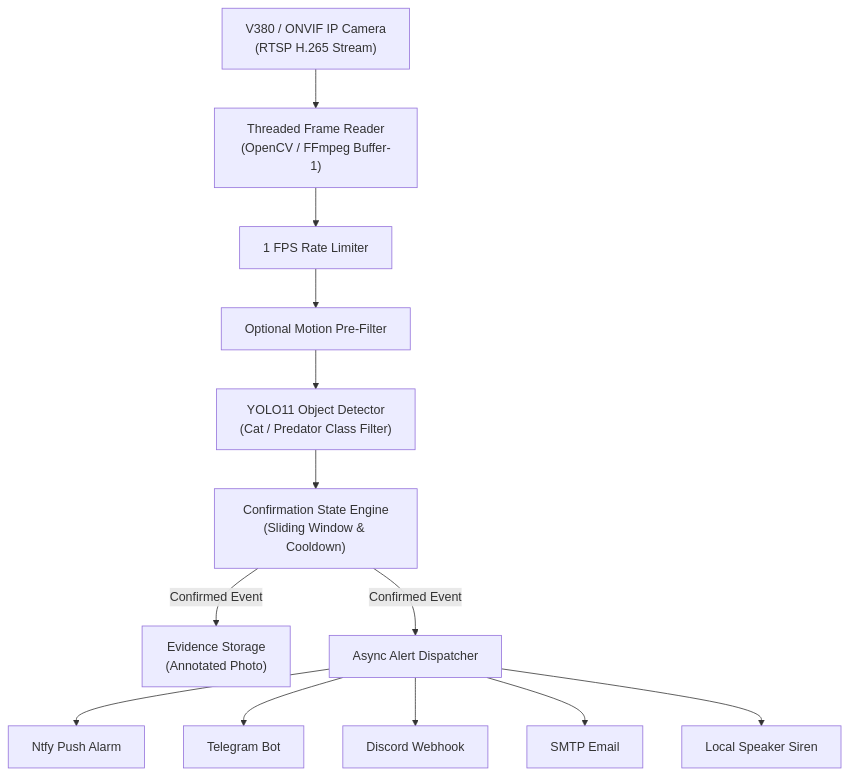
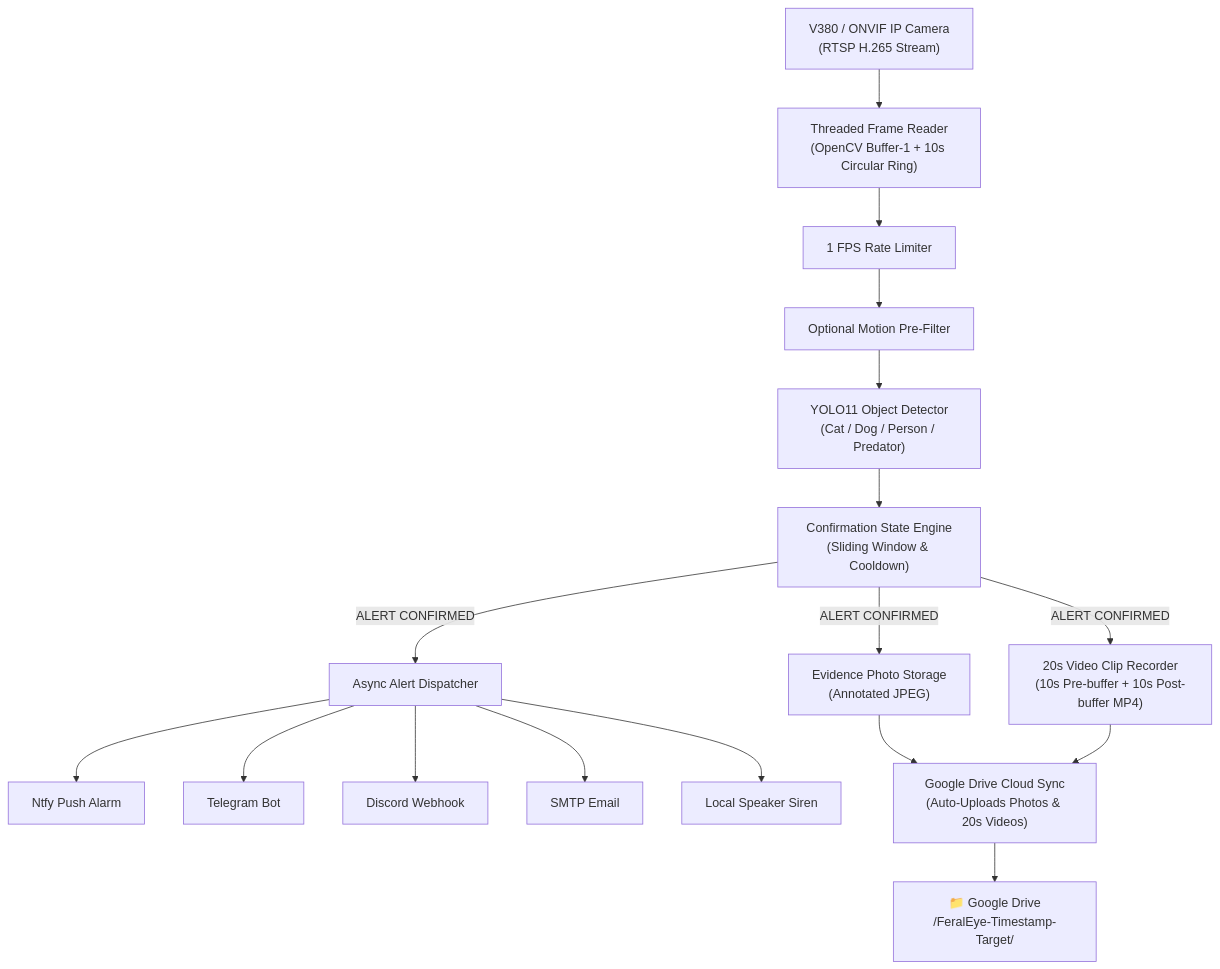
One commit to MahbbRah/FeralEye changed the diagram in README.md. Above: the diagram before and after it, drawn with Mermaid. The commit also changed other lines of this file, not shown here.

Commit message:
Update README with Google Drive setup and 20-second event video recording guide

````diff
--- a/README.md
+++ b/README.md
@@ -26,15 +28,22 @@
 ```mermaid
 flowchart TD
-    Camera["V380 / ONVIF IP Camera\n(RTSP H.265 Stream)"] --> Reader["Threaded Frame Reader\n(OpenCV / FFmpeg Buffer-1)"]
+    Camera["V380 / ONVIF IP Camera\n(RTSP H.265 Stream)"] --> Reader["Threaded Frame Reader\n(OpenCV Buffer-1 + 10s Circular Ring)"]
     Reader --> Sampler["1 FPS Rate Limiter"]
     Sampler --> Motion["Optional Motion Pre-Filter"]
-    Motion --> YOLO["YOLO11 Object Detector\n(Cat / Predator Class Filter)"]
+    Motion --> YOLO["YOLO11 Object Detector\n(Cat / Dog / Person / Predator)"]
     YOLO --> StateEngine["Confirmation State Engine\n(Sliding Window & Cooldown)"]
-    StateEngine -- "Confirmed Event" --> Evidence["Evidence Storage\n(Annotated Photo)"]
-    StateEngine -- "Confirmed Event" --> Dispatcher["Async Alert Dispatcher"]
+    
+    StateEngine -- "ALERT CONFIRMED" --> Evidence["Evidence Photo Storage\n(Annotated JPEG)"]
+    StateEngine -- "ALERT CONFIRMED" --> ClipRecorder["20s Video Clip Recorder\n(10s Pre-buffer + 10s Post-buffer MP4)"]
+    StateEngine -- "ALERT CONFIRMED" --> Dispatcher["Async Alert Dispatcher"]
+    
     Dispatcher --> Ntfy["Ntfy Push Alarm"]
     Dispatcher --> Telegram["Telegram Bot"]
     Dispatcher --> Discord["Discord Webhook"]
     Dispatcher --> Email["SMTP Email"]
     Dispatcher --> Audio["Local Speaker Siren"]
+    
+    Evidence --> GDrive["Google Drive Cloud Sync\n(Auto-Uploads Photos & 20s Videos)"]
+    ClipRecorder --> GDrive
+    GDrive --> CloudFolder["📁 Google Drive\n/FeralEye-Timestamp-Target/"]
 ```
````
